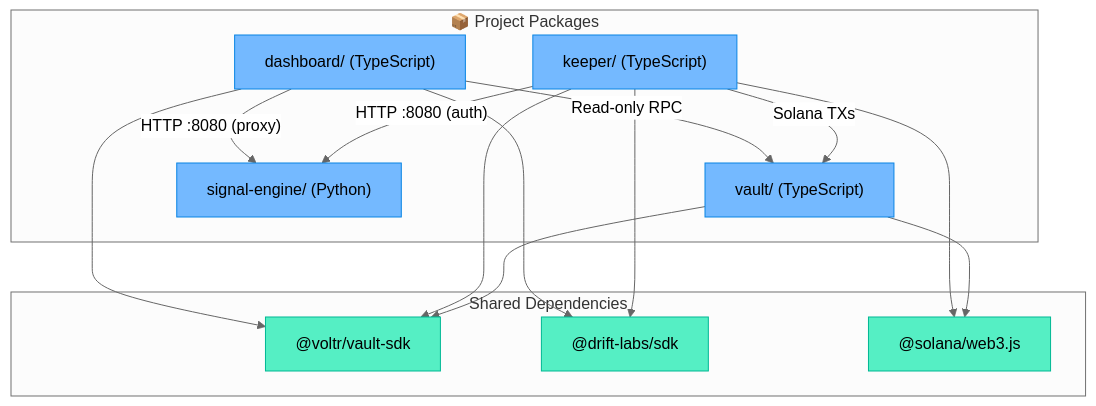
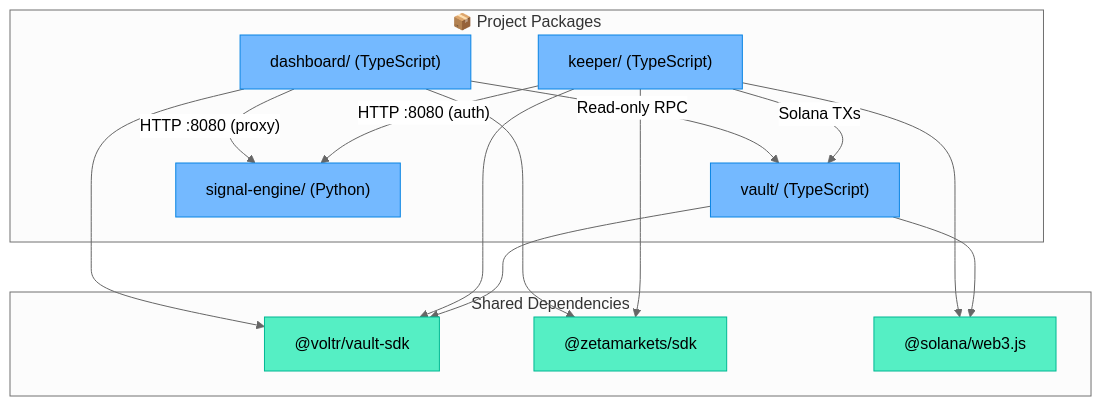
Before and after one commit to Ashutosh0x/ranger-ai-vault: diagram 15 of 20 in docs/ARCHITECTURE.md, drawn with Mermaid (neutral theme). The commit also changed other lines of this file and 82 other files, not shown here.

Commit message:
feat: pivot from Drift to Zeta Markets and add walk-forward backtest results

````diff
--- a/docs/ARCHITECTURE.md
+++ b/docs/ARCHITECTURE.md
@@ -976,34 +976,34 @@
 ```mermaid
 graph TD
     subgraph Packages["📦 Project Packages"]
         V["vault/ (TypeScript)"]
         SE["signal-engine/ (Python)"]
         K["keeper/ (TypeScript)"]
         D["dashboard/ (TypeScript)"]
     end
 
     subgraph SharedDeps["Shared Dependencies"]
         VoltrSDK["@voltr/vault-sdk"]
-        DriftSDK["@drift-labs/sdk"]
+        ZetaSDK["@zetamarkets/sdk"]
         SolanaWeb3["@solana/web3.js"]
     end
 
     V --> VoltrSDK
     V --> SolanaWeb3
-    K --> DriftSDK
+    K --> ZetaSDK
     K --> VoltrSDK
     K --> SolanaWeb3
     D --> VoltrSDK
-    D --> DriftSDK
+    D --> ZetaSDK
 
     K -->|"HTTP :8080 (auth)"| SE
     D -->|"HTTP :8080 (proxy)"| SE
     K -->|"Solana TXs"| V
     D -->|"Read-only RPC"| V
 
     classDef pkg fill:#74b9ff,stroke:#0984e3
     classDef shared fill:#55efc4,stroke:#00b894
 
     class V,SE,K,D pkg
-    class VoltrSDK,DriftSDK,SolanaWeb3 shared
+    class VoltrSDK,ZetaSDK,SolanaWeb3 shared
 ```
````
